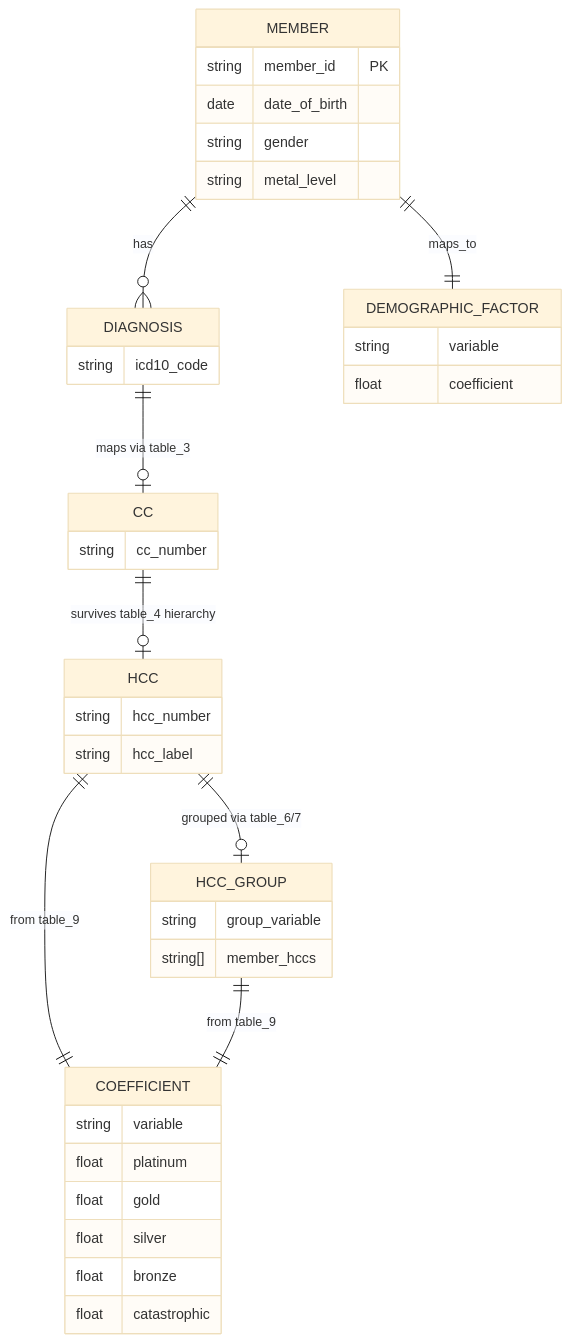
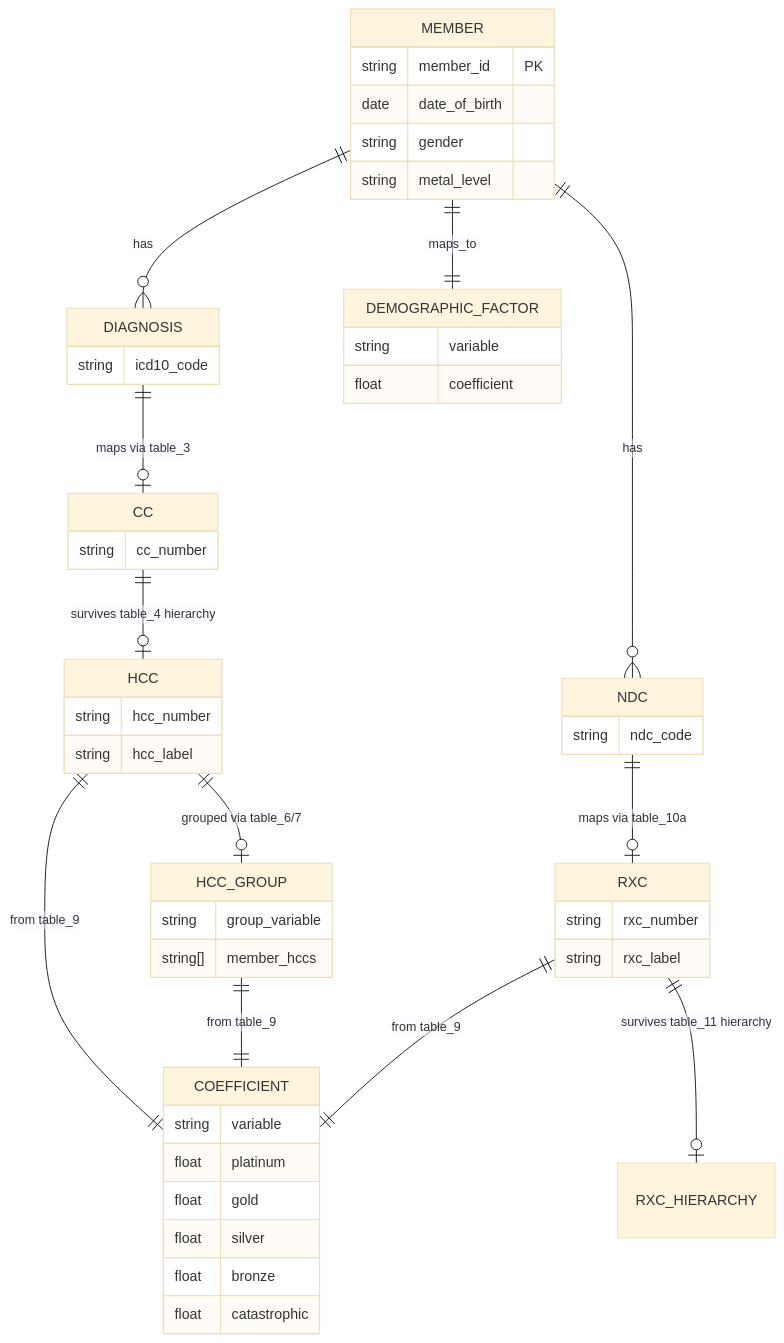
Before and after one commit to garthmortensen/prism: the second of 3 diagrams in ra_calculators/aca_risk_calculator/README.md, drawn with Mermaid (base theme). The commit also changed other lines of this file and 3 other files, not shown here.

Commit message:
feat(RXCs): add ndc to rxc and coefficient scoring logic

````diff
--- a/ra_calculators/aca_risk_calculator/README.md
+++ b/ra_calculators/aca_risk_calculator/README.md
@@ -74,49 +100,63 @@
 ```mermaid
 erDiagram
     MEMBER ||--o{ DIAGNOSIS : has
+    MEMBER ||--o{ NDC : has
     MEMBER ||--|| DEMOGRAPHIC_FACTOR : maps_to
     DIAGNOSIS ||--o| CC : "maps via table_3"
     CC ||--o| HCC : "survives table_4 hierarchy"
     HCC ||--o| HCC_GROUP : "grouped via table_6/7"
     HCC ||--|| COEFFICIENT : "from table_9"
     HCC_GROUP ||--|| COEFFICIENT : "from table_9"
+    
+    NDC ||--o| RXC : "maps via table_10a"
+    RXC ||--o| RXC_HIERARCHY : "survives table_11 hierarchy"
+    RXC ||--|| COEFFICIENT : "from table_9"
     
     MEMBER {
         string member_id PK
         date date_of_birth
         string gender
         string metal_level
     }
     
     DIAGNOSIS {
         string icd10_code
     }
     
+    NDC {
+        string ndc_code
+    }
+    
     CC {
         string cc_number
     }
     
     HCC {
         string hcc_number
         string hcc_label
+    }
+    
+    RXC {
+        string rxc_number
+        string rxc_label
     }
     
     HCC_GROUP {
         string group_variable
         string[] member_hccs
     }
     
     DEMOGRAPHIC_FACTOR {
         string variable
         float coefficient
     }
     
     COEFFICIENT {
         string variable
         float platinum
         float gold
         float silver
         float bronze
         float catastrophic
     }
 ```
````
